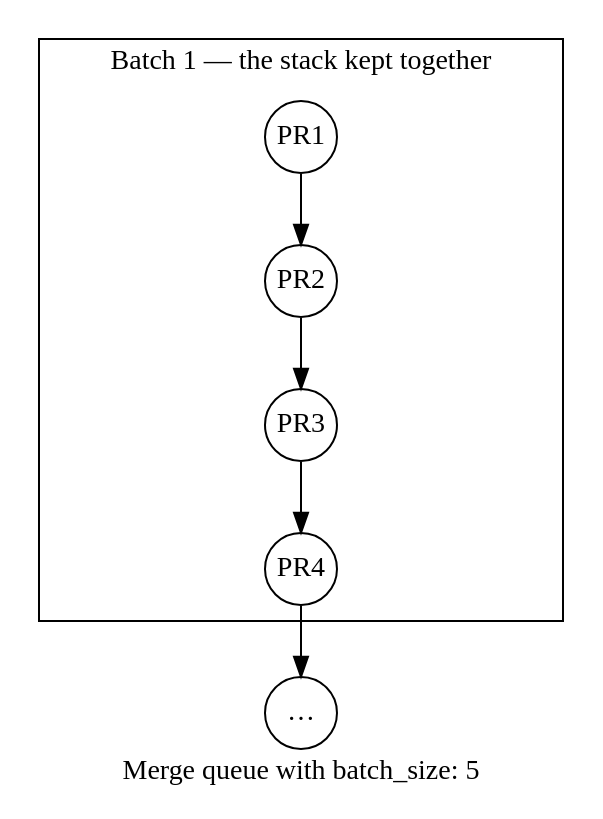
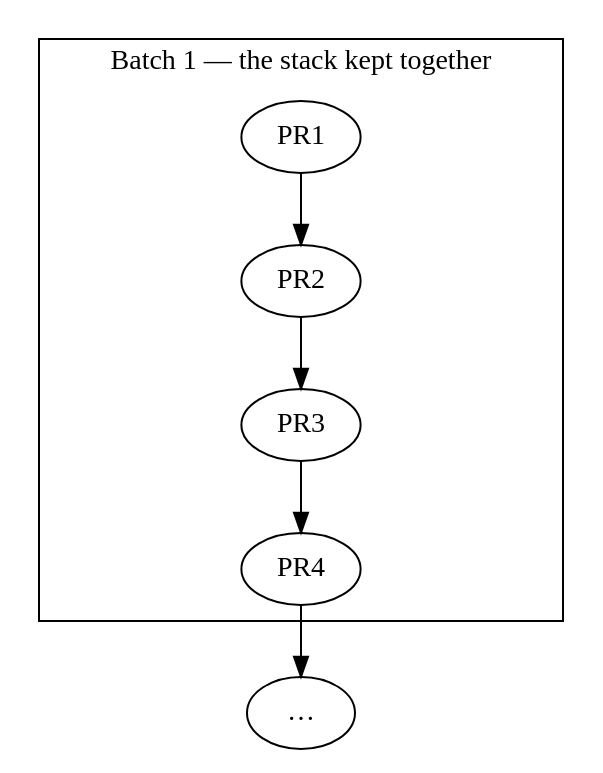
Before and after one commit to Mergifyio/docs: the second of 3 diagrams in src/content/docs/merge-queue/stacks.mdx, drawn with Graphviz. The commit also changed other lines of this file and 20 other files, not shown here.

First line of the commit message:
feat(diagrams): size by type, caption in HTML, one meaning per role

````diff
--- a/src/content/docs/merge-queue/stacks.mdx
+++ b/src/content/docs/merge-queue/stacks.mdx
@@ -171,19 +169,16 @@
-```dot class="queue"
+```dot class="queue" title="Merge queue with batch_size: 5 — the whole stack lands in one batch"
 digraph {
-  label="Merge queue with batch_size: 5";
-  node [shape=circle, width=0.5, height=0.5, fixedsize=true];
-
   subgraph cluster_batch1 {
     class="batch";
     label="Batch 1 — the stack kept together";
     PR1 [class="queued"];
     PR2 [class="queued"];
     PR3 [class="queued"];
     PR4 [class="queued"];
     PR1 -> PR2 -> PR3 -> PR4;
   }
 
   PR5 [label="…", class="queued"];
   PR4 -> PR5;
 }
 ```
````
